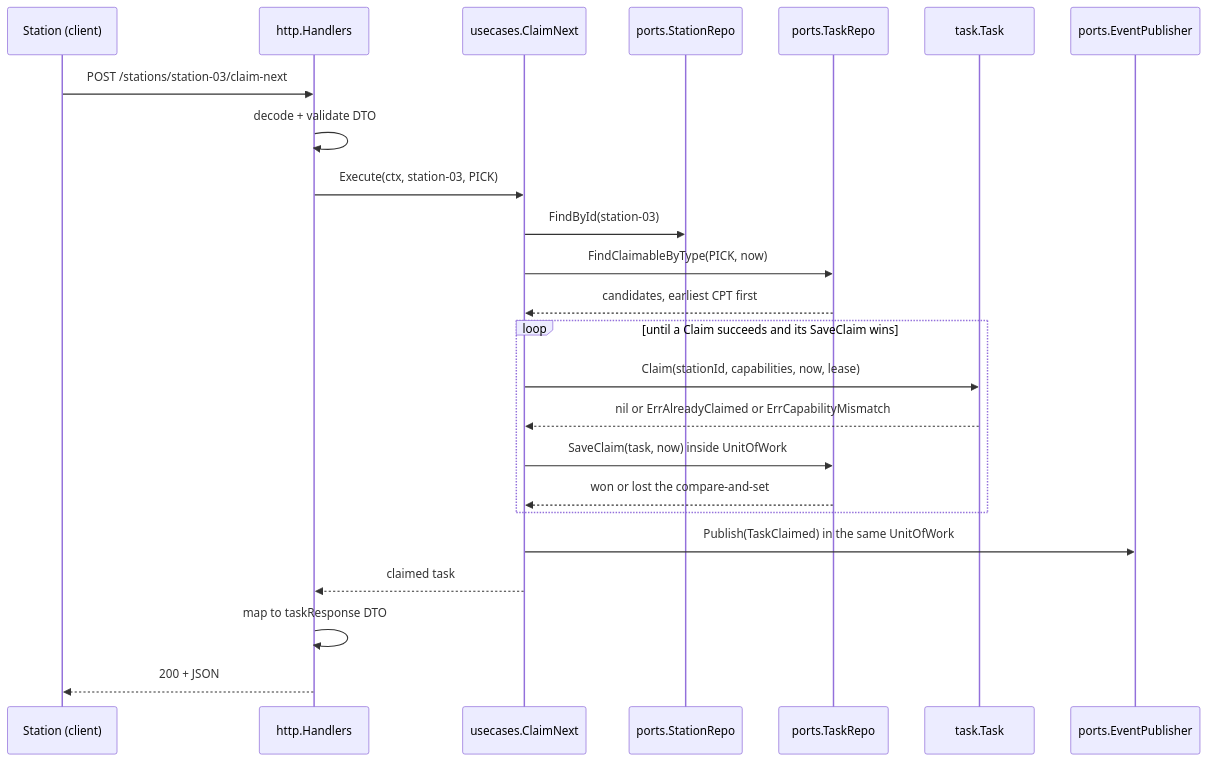
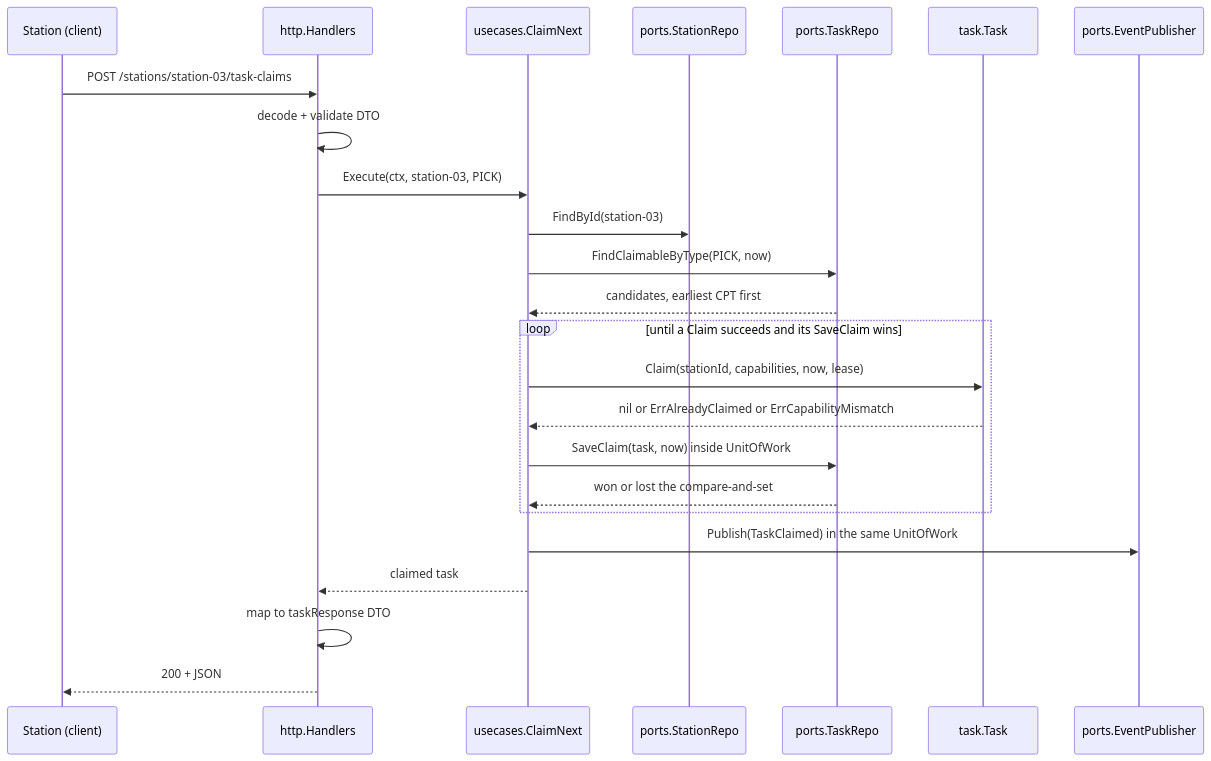
Before and after one commit to IQVO/fulfillment-execution: the diagram in docs/docs/ddd/use-cases.md, drawn with Mermaid. The commit also changed other lines of this file and 114 other files, not shown here.

````diff
--- a/docs/docs/ddd/use-cases.md
+++ b/docs/docs/ddd/use-cases.md
@@ -263,27 +263,27 @@
 ```mermaid
 sequenceDiagram
     participant S as Station (client)
     participant H as http.Handlers
     participant U as usecases.ClaimNext
     participant SR as ports.StationRepo
     participant R as ports.TaskRepo
     participant T as task.Task
     participant P as ports.EventPublisher
 
-    S->>H: POST /stations/station-03/claim-next
+    S->>H: POST /stations/station-03/task-claims
     H->>H: decode + validate DTO
     H->>U: Execute(ctx, station-03, PICK)
     U->>SR: FindById(station-03)
     U->>R: FindClaimableByType(PICK, now)
     R-->>U: candidates, earliest CPT first
     loop until a Claim succeeds and its SaveClaim wins
         U->>T: Claim(stationId, capabilities, now, lease)
         T-->>U: nil or ErrAlreadyClaimed or ErrCapabilityMismatch
         U->>R: SaveClaim(task, now) inside UnitOfWork
         R-->>U: won or lost the compare-and-set
     end
     U->>P: Publish(TaskClaimed) in the same UnitOfWork
     U-->>H: claimed task
     H->>H: map to taskResponse DTO
     H-->>S: 200 + JSON
 ```
````
